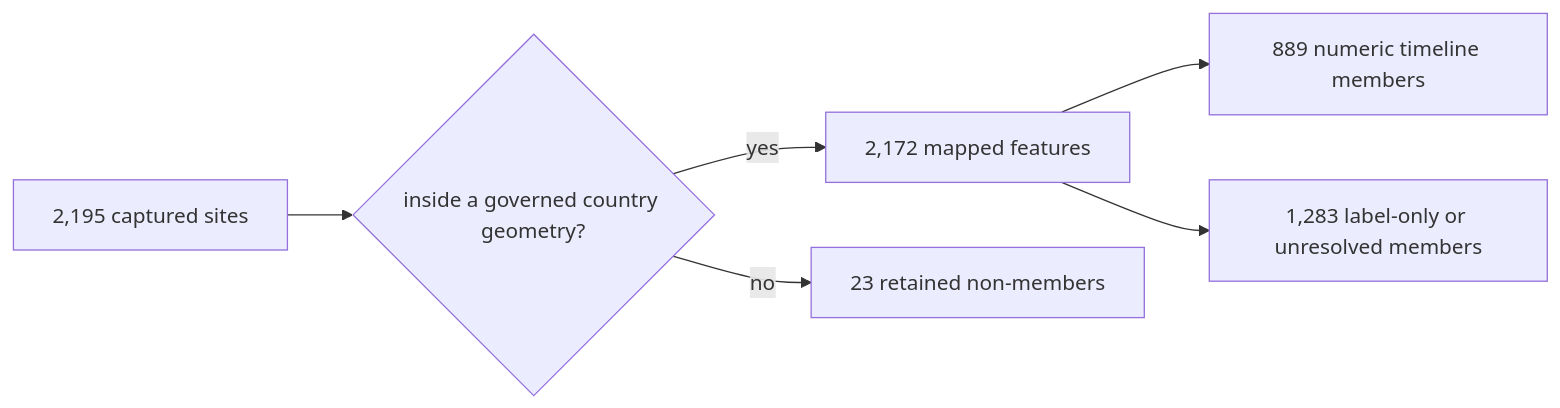
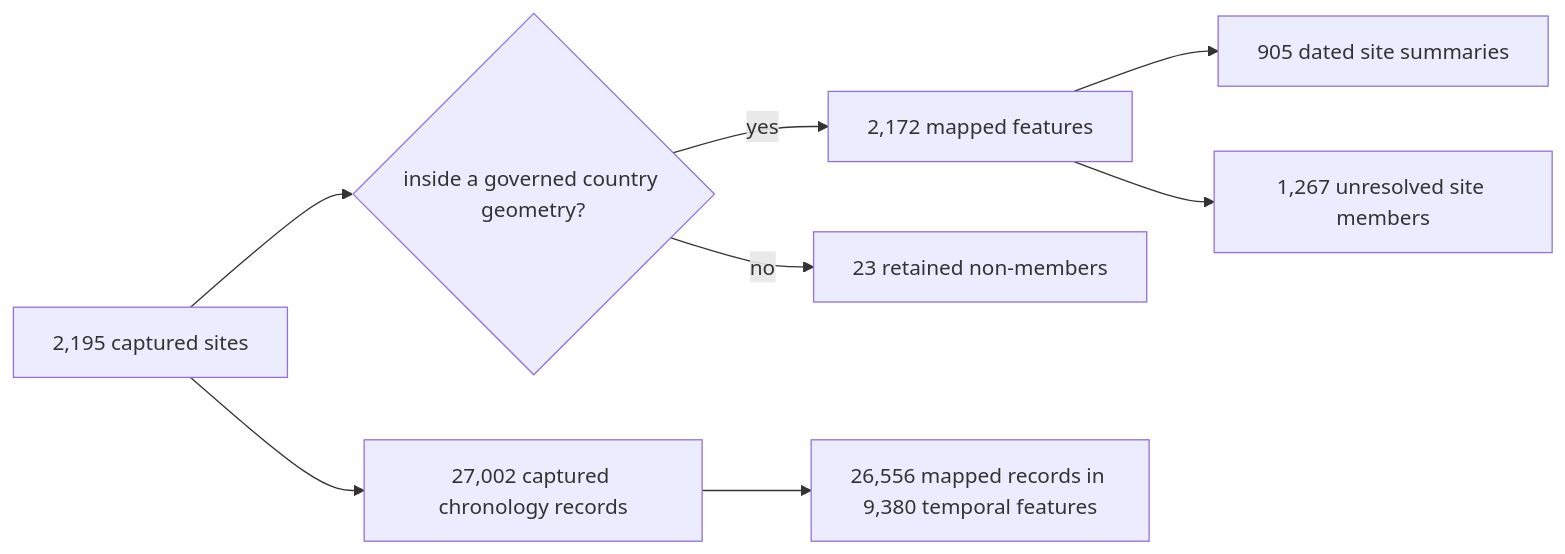
One commit to bijux/bijux-pollenomics changed the third of 3 diagrams in docs/public/pollenomics-data/sources/sead.md. Above: the diagram before and after it, drawn with Mermaid. The commit also changed other lines of this file and 4 other files, not shown here.

Commit message:
docs(sead): teach chronology-first map navigation

````diff
--- a/docs/public/pollenomics-data/sources/sead.md
+++ b/docs/public/pollenomics-data/sources/sead.md
@@ -160,8 +174,10 @@
 ```mermaid
 flowchart LR
     Capture["2,195 captured sites"] --> Coordinate{"inside a governed country geometry?"}
     Coordinate -->|yes| Map["2,172 mapped features"]
     Coordinate -->|no| Retained["23 retained non-members"]
-    Map --> Timed["889 numeric timeline members"]
-    Map --> Context["1,283 label-only or unresolved members"]
+    Map --> Timed["905 dated site summaries"]
+    Map --> Context["1,267 unresolved site members"]
+    Capture --> Chronology["27,002 captured chronology records"]
+    Chronology --> Timeline["26,556 mapped records in 9,380 temporal features"]
 ```
````
